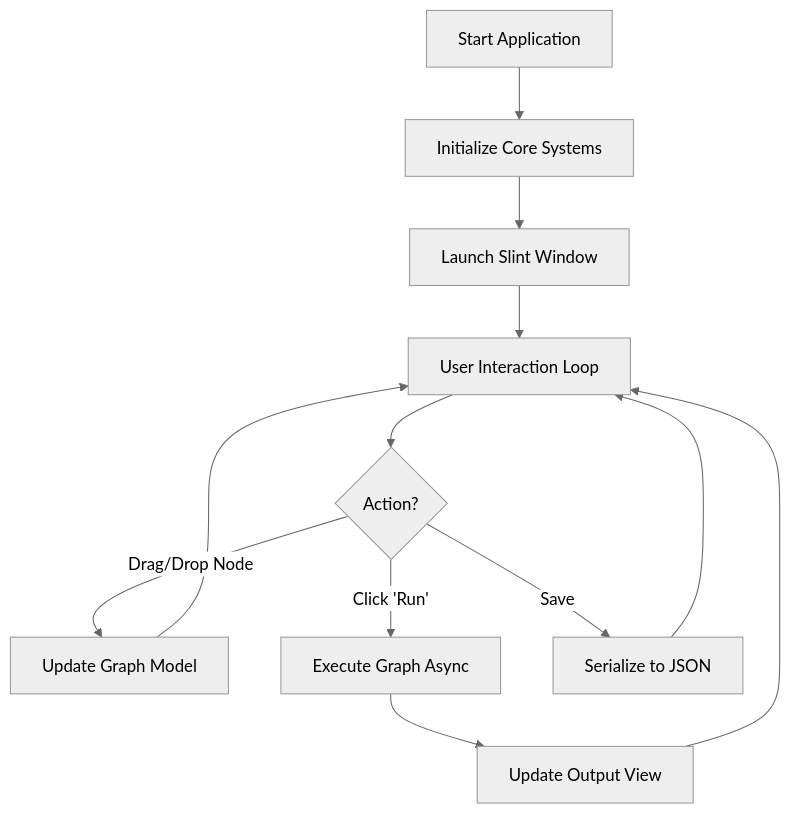
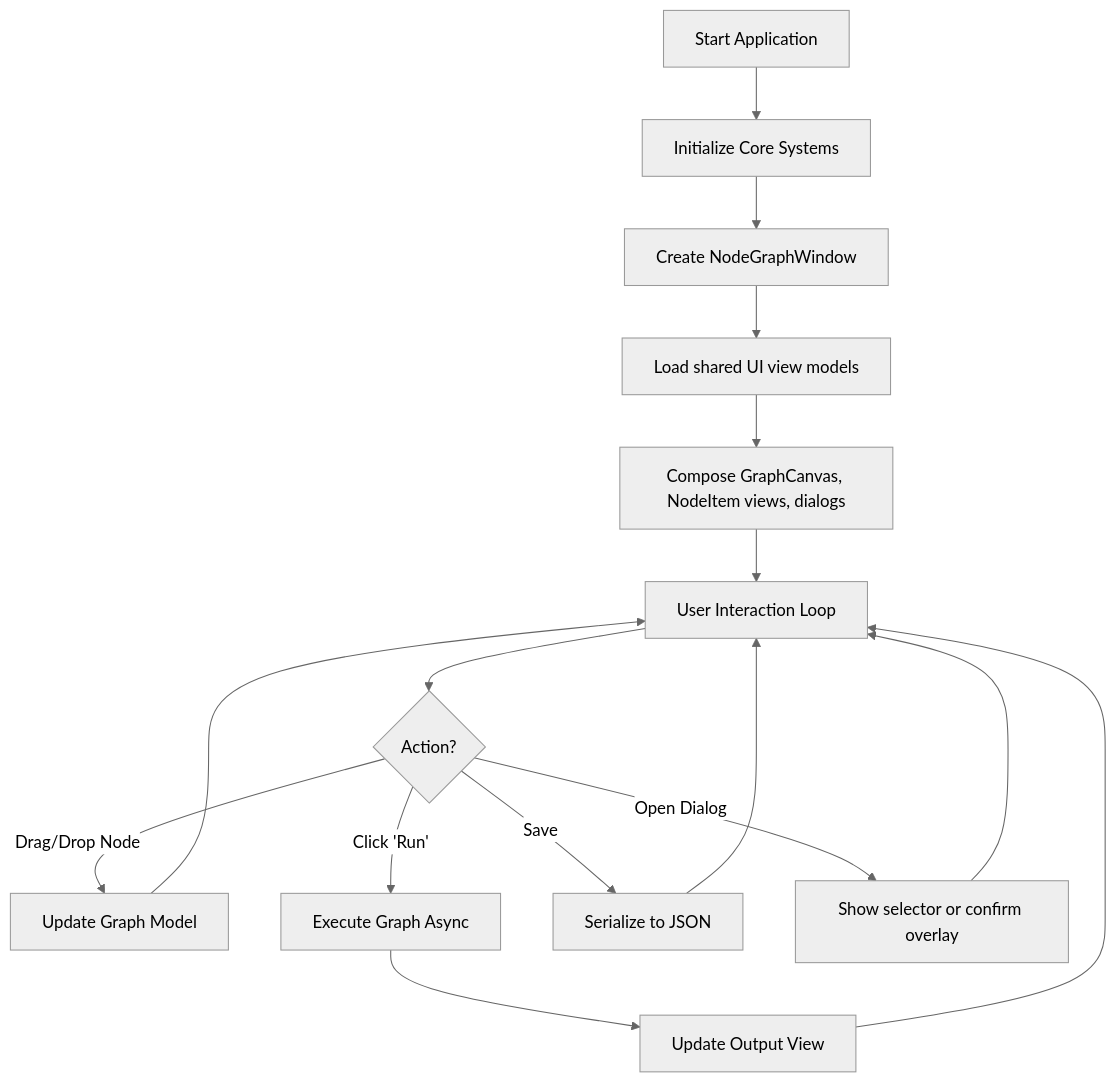
The first of 2 diagrams in document/program-execute-flow.md (FredYakumo/zihuan-next), drawn with Mermaid (neutral theme) before and after one commit. The commit also changed other lines of this file and 22 other files, not shown here.

````diff
--- a/document/program-execute-flow.md
+++ b/document/program-execute-flow.md
@@ -45,14 +47,18 @@
 ```mermaid
 flowchart TD
     A[Start Application] --> B[Initialize Core Systems]
-    B --> C[Launch Slint Window]
-    C --> D[User Interaction Loop]
-    D --> E{Action?}
-    E -->|Drag/Drop Node| F[Update Graph Model]
-    E -->|Click 'Run'| G[Execute Graph Async]
-    E -->|Save| H[Serialize to JSON]
-    G --> I[Update Output View]
-    F --> D
-    I --> D
-    H --> D
+  B --> C[Create NodeGraphWindow]
+  C --> C1[Load shared UI view models]
+  C1 --> C2[Compose GraphCanvas, NodeItem views, dialogs]
+  C2 --> D[User Interaction Loop]
+  D --> E{Action?}
+  E -->|Drag/Drop Node| F[Update Graph Model]
+  E -->|Click 'Run'| G[Execute Graph Async]
+  E -->|Save| H[Serialize to JSON]
+  E -->|Open Dialog| J[Show selector or confirm overlay]
+  G --> I[Update Output View]
+  F --> D
+  H --> D
+  I --> D
+  J --> D
 ```
````
